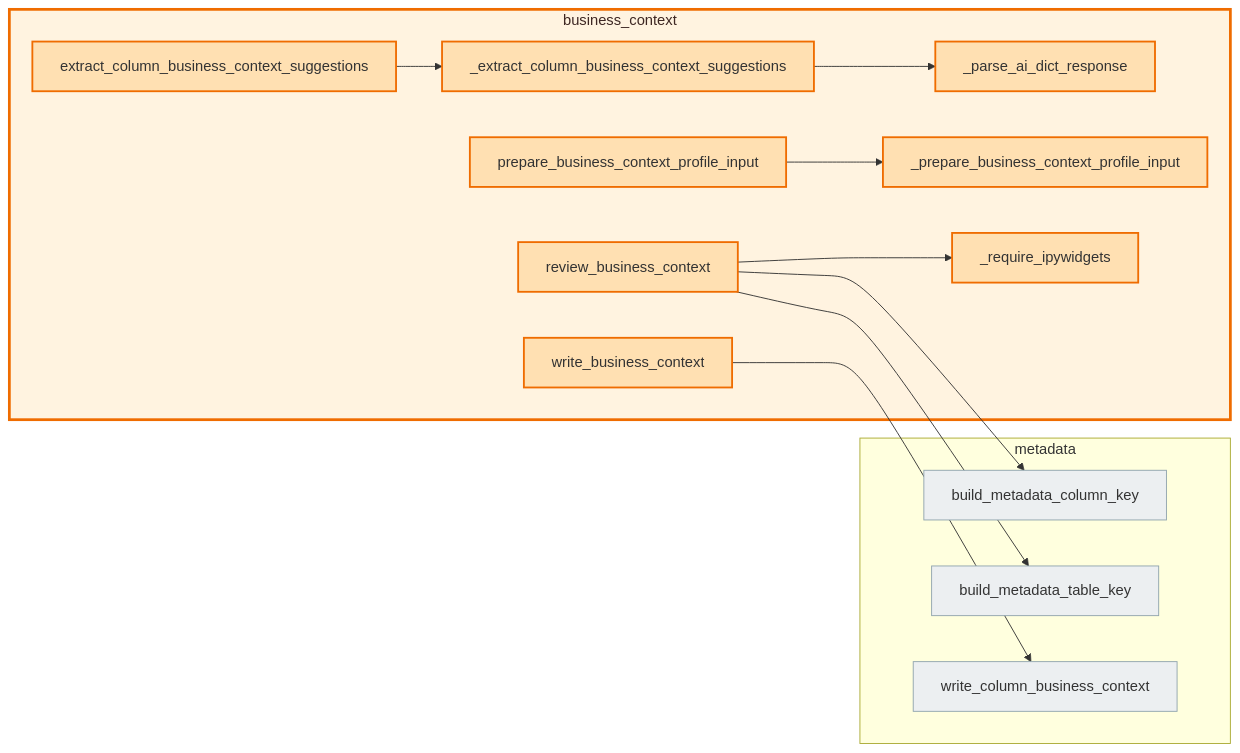
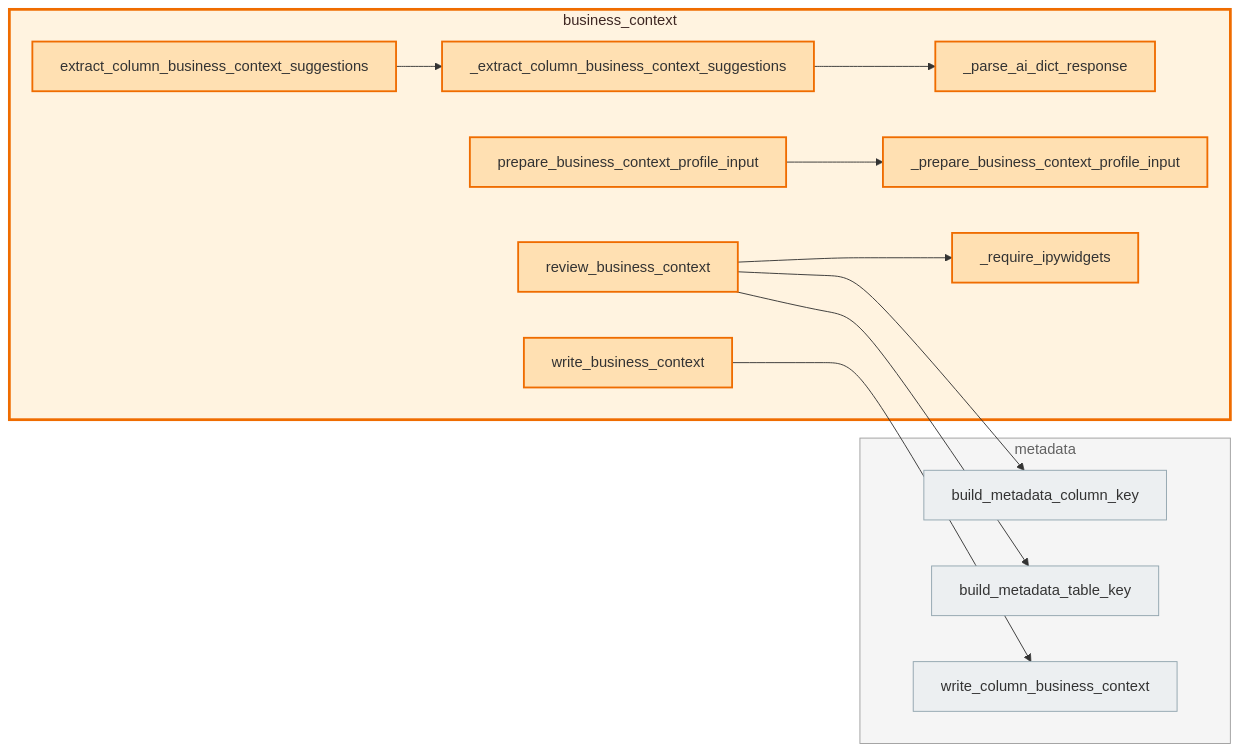
One commit to Voycepeh/FabricOps-Starter-Kit changed the diagram in docs/api/modules/business_context.md. Above: the diagram before and after it, drawn with Mermaid. The commit also changed other lines of this file and 14 other files, not shown here.

````diff
--- a/docs/api/modules/business_context.md
+++ b/docs/api/modules/business_context.md
@@ -112,32 +112,33 @@
 ```mermaid
 flowchart LR
   classDef currentModule fill:#fff3e0,stroke:#ef6c00,stroke-width:3px,color:#3e2723;
   classDef externalModule fill:#f5f5f5,stroke:#9e9e9e,stroke-width:1px,color:#616161;
   classDef currentCallable fill:#ffe0b2,stroke:#ef6c00,stroke-width:2px;
   classDef externalCallable fill:#eceff1,stroke:#90a4ae,stroke-width:1px;
   subgraph m_business_context[business_context]
     fabricops_kit_business_context__extract_column_business_context_suggestions["_extract_column_business_context_suggestions"]
     fabricops_kit_business_context__parse_ai_dict_response["_parse_ai_dict_response"]
     fabricops_kit_business_context__prepare_business_context_profile_input["_prepare_business_context_profile_input"]
     fabricops_kit_business_context__require_ipywidgets["_require_ipywidgets"]
     fabricops_kit_business_context_extract_column_business_context_suggestions["extract_column_business_context_suggestions"]
     fabricops_kit_business_context_prepare_business_context_profile_input["prepare_business_context_profile_input"]
     fabricops_kit_business_context_review_business_context["review_business_context"]
     fabricops_kit_business_context_write_business_context["write_business_context"]
   end
   subgraph m_metadata[metadata]
     fabricops_kit_metadata_build_metadata_column_key["build_metadata_column_key"]
     fabricops_kit_metadata_build_metadata_table_key["build_metadata_table_key"]
     fabricops_kit_metadata_write_column_business_context["write_column_business_context"]
   end
   fabricops_kit_business_context__extract_column_business_context_suggestions --> fabricops_kit_business_context__parse_ai_dict_response
   fabricops_kit_business_context_extract_column_business_context_suggestions --> fabricops_kit_business_context__extract_column_business_context_suggestions
   fabricops_kit_business_context_prepare_business_context_profile_input --> fabricops_kit_business_context__prepare_business_context_profile_input
   fabricops_kit_business_context_review_business_context --> fabricops_kit_business_context__require_ipywidgets
   fabricops_kit_business_context_review_business_context --> fabricops_kit_metadata_build_metadata_column_key
   fabricops_kit_business_context_review_business_context --> fabricops_kit_metadata_build_metadata_table_key
   fabricops_kit_business_context_write_business_context --> fabricops_kit_metadata_write_column_business_context
   class m_business_context currentModule;
+  class m_metadata externalModule;
   class fabricops_kit_business_context__extract_column_business_context_suggestions,fabricops_kit_business_context__parse_ai_dict_response,fabricops_kit_business_context__prepare_business_context_profile_input,fabricops_kit_business_context__require_ipywidgets,fabricops_kit_business_context_extract_column_business_context_suggestions,fabricops_kit_business_context_prepare_business_context_profile_input,fabricops_kit_business_context_review_business_context,fabricops_kit_business_context_write_business_context currentCallable;
   class fabricops_kit_metadata_build_metadata_column_key,fabricops_kit_metadata_build_metadata_table_key,fabricops_kit_metadata_write_column_business_context externalCallable;
 ```
````
